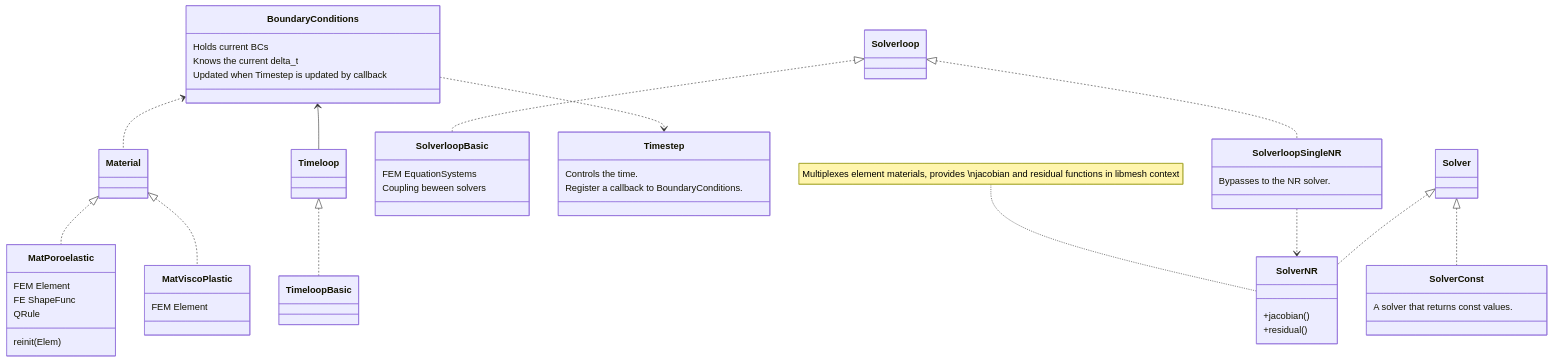
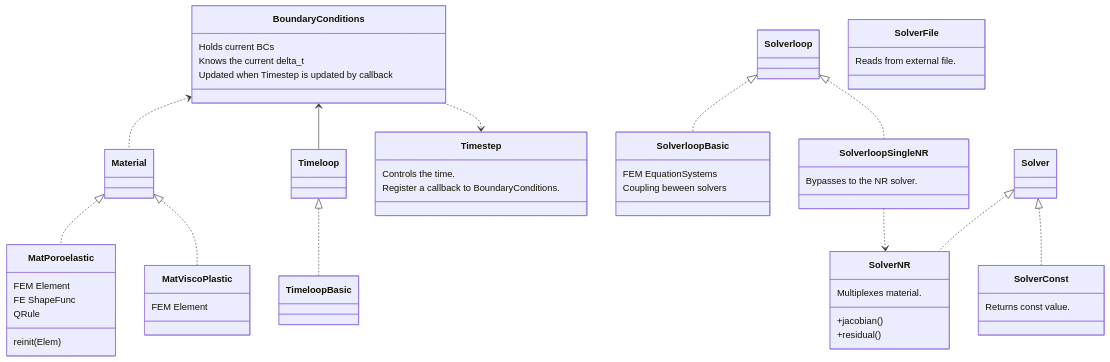
The second of 2 diagrams in doc/Description.md (rebpoli/harpy), drawn with Mermaid before and after one commit.

````diff
--- a/doc/Description.md
+++ b/doc/Description.md
@@ -76,66 +76,69 @@
 ```mermaid
 classDiagram
     BoundaryConditions <.. Material
     BoundaryConditions <-- Timeloop
 
     Solverloop <|.. SolverloopBasic
 
-    class SolverConst { A solver that returns const values.  }
 
     class Timestep {
         Controls the time.
         Register a callback to BoundaryConditions.
     }
     class BoundaryConditions { 
         Holds current BCs
         Knows the current delta_t
         Updated when Timestep is updated by callback
     }
     BoundaryConditions ..> Timestep
 
 %% Implementations
     class SolverloopBasic {
         FEM EquationSystems
         Coupling beween solvers
     }
 
     class MatViscoPlastic { FEM Element }
 
     class MatPoroelastic {
         FEM Element 
         FE ShapeFunc
         QRule
         reinit(Elem)
     }
 
     class SolverloopSingleNR { Bypasses to the NR solver. } 
+
+    class SolverConst { Returns const value.  }
+    class SolverFile { Reads from external file. }
     class SolverNR { 
+        Multiplexes material.
+        
         +jacobian()
         +residual()
         }
-        note for SolverNR "Multiplexes element materials, provides \njacobian and residual functions in libmesh context"
 
 %% Dependencies
 
     SolverloopSingleNR ..> SolverNR
 
 %% Interfaces << implementations
     Timeloop <|.. TimeloopBasic
     Material <|.. MatPoroelastic
     Material <|.. MatViscoPlastic
     Solverloop <|.. SolverloopSingleNR
     Solver <|.. SolverNR
     Solver <|.. SolverConst
 
 
 %%
 %% classA <|-- classB    // Inheritance (B inherits from A)
 %% classA <|.. classB    // Implementation (B implements A)
 %% classA *-- classB     // Composition (B is part of A)
 %% classA o-- classB     // Aggregation (B is used by A)
 %% classA --> classB     // Association (A references B)
 %% classA ..> classB     // Dependency (A depends on B)
 %% classA ..|> classB    // Realization (B realizes A)
 %% classA <--> classB    // Bidirectional association
 
 ```
````
